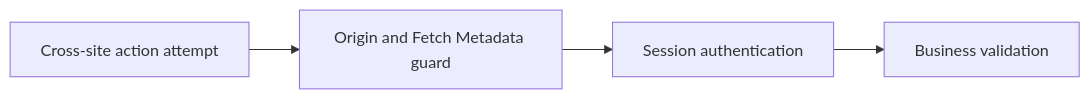
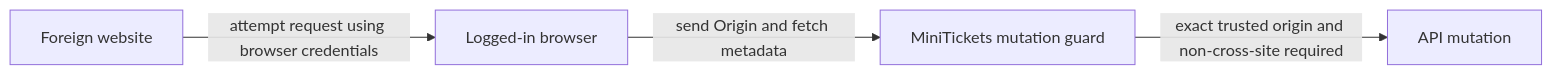
One commit to maheshnd/minitickets changed the diagram in docs/handbook/concepts/csrf.md. Above: the diagram before and after it, drawn with Mermaid. The commit also changed other lines of this file and 119 other files, not shown here.

````diff
--- a/docs/handbook/concepts/csrf.md
+++ b/docs/handbook/concepts/csrf.md
@@ -17,7 +18,6 @@
 ```mermaid
 flowchart LR
-    n0["Cross-site action attempt"] --> n1
-    n1["Origin and Fetch Metadata guard"] --> n2
-    n2["Session authentication"] --> n3
-    n3["Business validation"]
+    site["Foreign website"] -->|"attempt request using browser credentials"| browser["Logged-in browser"]
+    browser -->|"send Origin and fetch metadata"| api["MiniTickets mutation guard"]
+    api -->|"exact trusted origin and non-cross-site required"| action["API mutation"]
 ```
````
